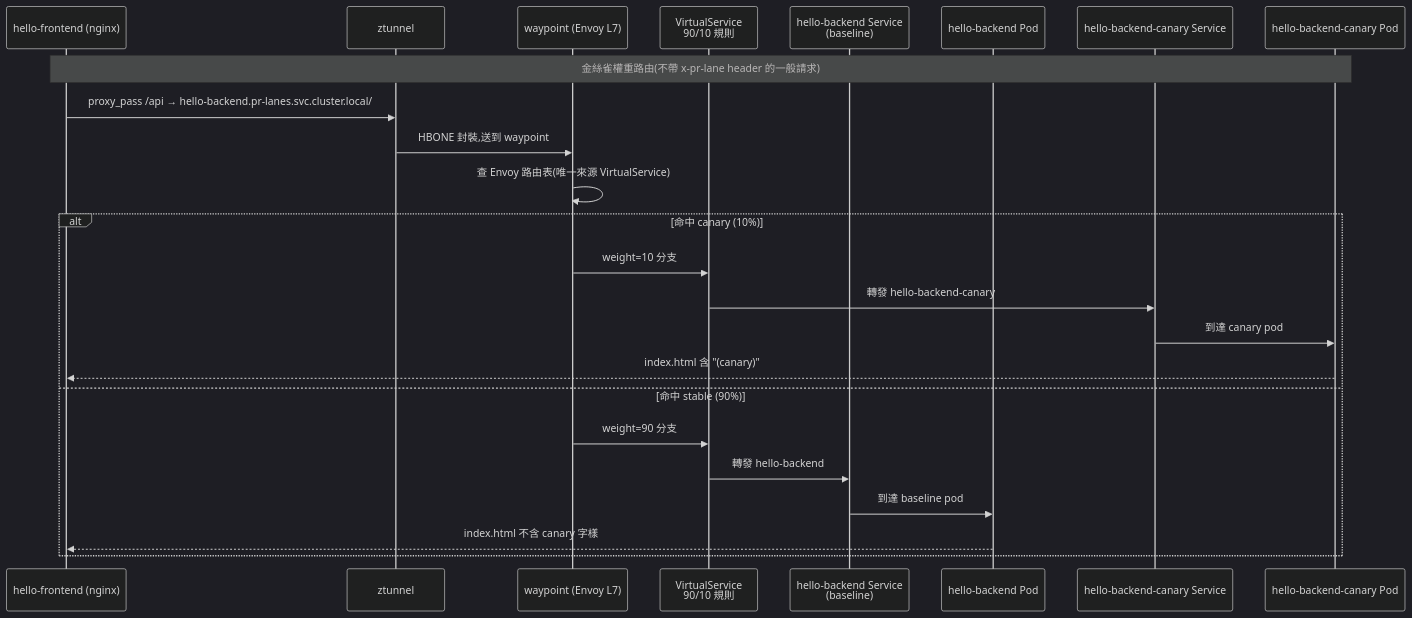
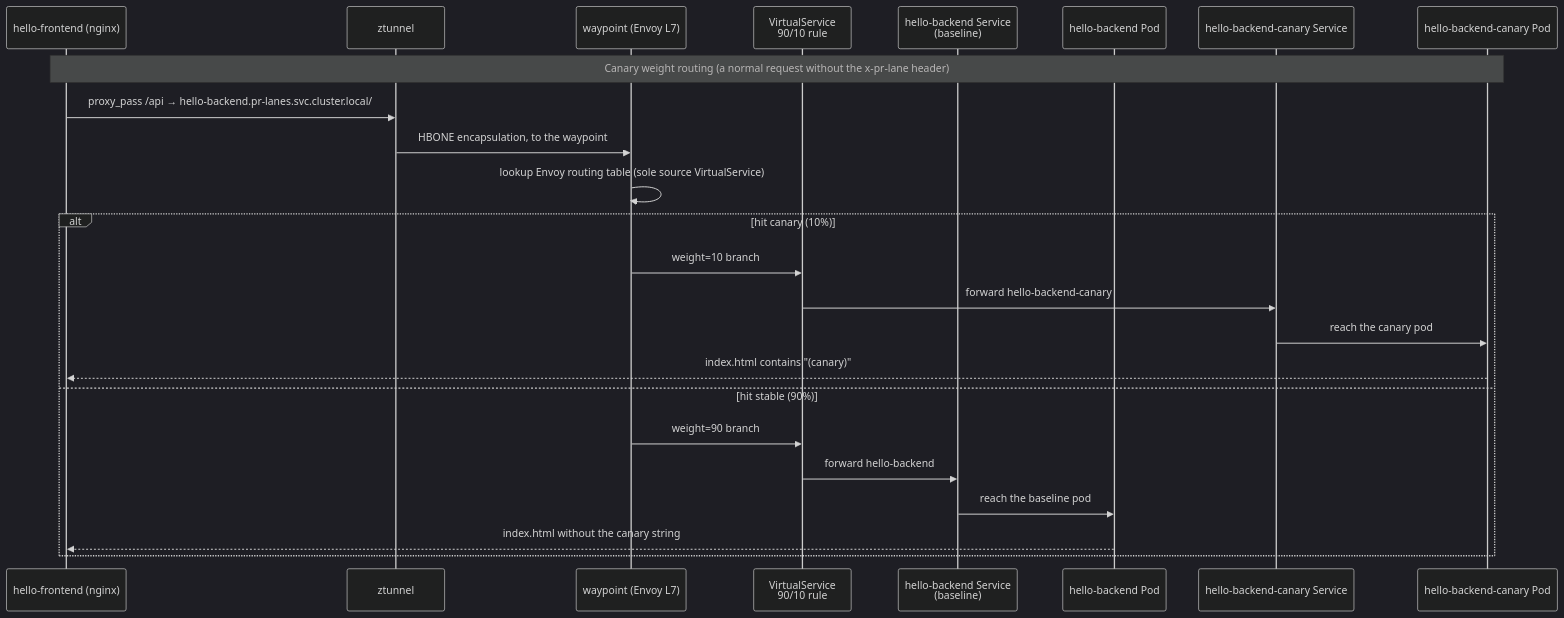
The second of 2 diagrams in docs/misc/2026-08-27-k3s-phase-i-canary-implementation.md (Jeromefromcn/docker-gitops), drawn with Mermaid (dark theme) before and after one commit. The commit also changed other lines of this file and 155 other files, not shown here.

````diff
--- a/docs/misc/2026-08-27-k3s-phase-i-canary-implementation.md
+++ b/docs/misc/2026-08-27-k3s-phase-i-canary-implementation.md
@@ -71,27 +71,27 @@
 ```mermaid
 sequenceDiagram
     participant FE as hello-frontend (nginx)
     participant ZT as ztunnel
     participant WP as waypoint (Envoy L7)
-    participant VS as VirtualService<br/>90/10 規則
+    participant VS as VirtualService<br/>90/10 rule
     participant S1 as hello-backend Service<br/>(baseline)
     participant P1 as hello-backend Pod
     participant S2 as hello-backend-canary Service
     participant P2 as hello-backend-canary Pod
 
-    Note over FE,P2: 金絲雀權重路由(不帶 x-pr-lane header 的一般請求)
+    Note over FE,P2: Canary weight routing (a normal request without the x-pr-lane header)
     FE->>ZT: proxy_pass /api → hello-backend.pr-lanes.svc.cluster.local/
-    ZT->>WP: HBONE 封裝,送到 waypoint
-    WP->>WP: 查 Envoy 路由表(唯一來源 VirtualService)
-    alt 命中 canary (10%)
-        WP->>VS: weight=10 分支
-        VS->>S2: 轉發 hello-backend-canary
-        S2->>P2: 到達 canary pod
-        P2-->>FE: index.html 含 "(canary)"
-    else 命中 stable (90%)
-        WP->>VS: weight=90 分支
-        VS->>S1: 轉發 hello-backend
-        S1->>P1: 到達 baseline pod
-        P1-->>FE: index.html 不含 canary 字樣
+    ZT->>WP: HBONE encapsulation, to the waypoint
+    WP->>WP: lookup Envoy routing table (sole source VirtualService)
+    alt hit canary (10%)
+        WP->>VS: weight=10 branch
+        VS->>S2: forward hello-backend-canary
+        S2->>P2: reach the canary pod
+        P2-->>FE: index.html contains "(canary)"
+    else hit stable (90%)
+        WP->>VS: weight=90 branch
+        VS->>S1: forward hello-backend
+        S1->>P1: reach the baseline pod
+        P1-->>FE: index.html without the canary string
     end
 ```
````
